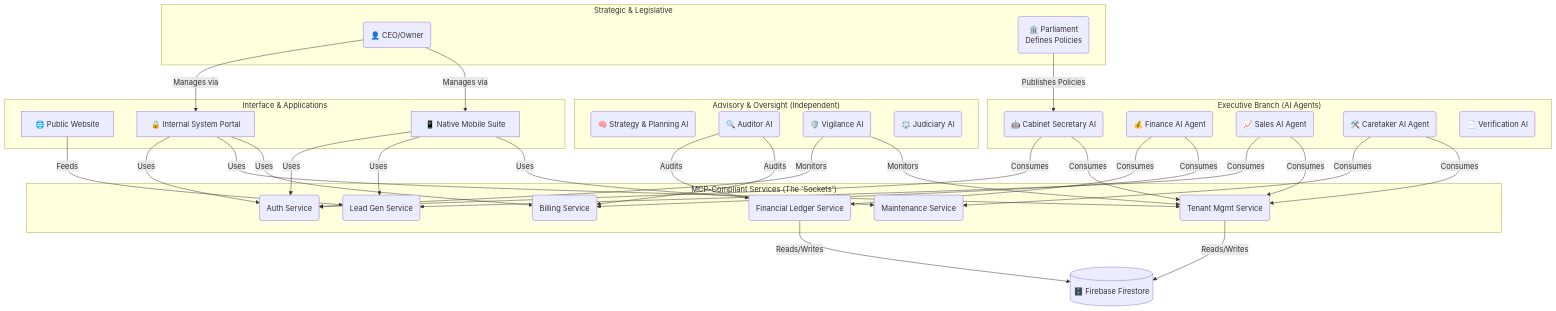
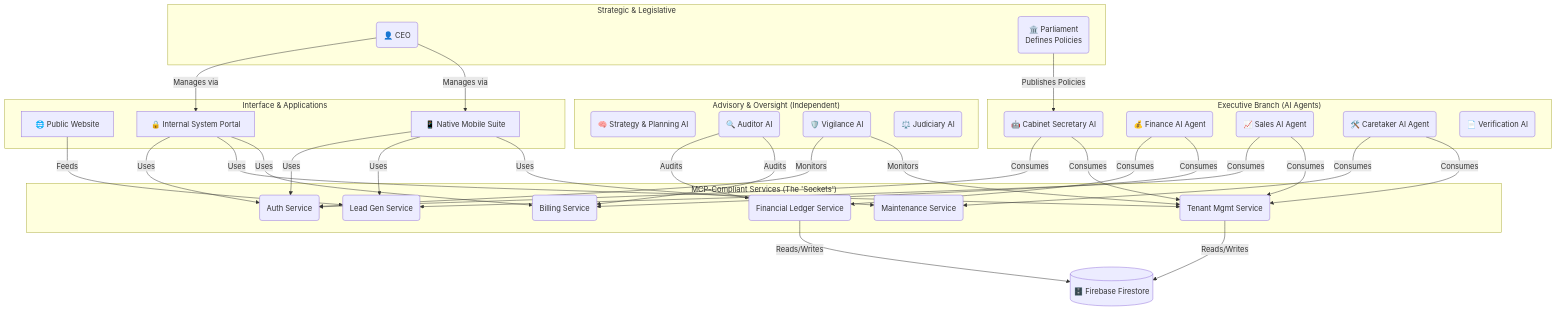
One commit to nishantsah08/bestpgindighi.in changed the diagram in executive/ministry_of_technology_and_digital_infrastructure/development_department/docs/01_SYSTEM_ARCHITECTURE.md. Above: the diagram before and after it, drawn with Mermaid. The commit also changed 14 other files, not shown here.

````diff
--- a/executive/ministry_of_technology_and_digital_infrastructure/development_department/docs/01_SYSTEM_ARCHITECTURE.md
+++ b/executive/ministry_of_technology_and_digital_infrastructure/development_department/docs/01_SYSTEM_ARCHITECTURE.md
@@ -13,73 +13,73 @@
 ```mermaid
 graph TD
     subgraph "Strategic & Legislative"
-        CEO(👤 CEO/Owner)
+        CEO(👤 CEO)
         PARLIAMENT(🏛️ Parliament <br> Defines Policies)
     end
 
     subgraph "Advisory & Oversight (Independent)"
         STRAT(🧠 Strategy & Planning AI)
         AUDIT(🔍 Auditor AI)
         VIGIL(🛡️ Vigilance AI)
         JUD(⚖️ Judiciary AI)
     end
 
     subgraph "Executive Branch (AI Agents)"
         CAB_SEC(🤖 Cabinet Secretary AI)
         FIN_AGENT(💰 Finance AI Agent)
         SALES_AGENT(📈 Sales AI Agent)
         CARETAKER_AGENT(🛠️ Caretaker AI Agent)
         VERIFICATION_AI(📄 Verification AI)
     end
 
     subgraph "Interface & Applications"
         PublicWebsite[🌐 Public Website]
         SystemPortal[🔒 Internal System Portal]
         MobileSuite[📱 Native Mobile Suite]
     end
 
     subgraph "MCP-Compliant Services (The 'Sockets')"
         MCP_AUTH(Auth Service)
         MCP_TENANTS(Tenant Mgmt Service)
         MCP_BILLING(Billing Service)
         MCP_MAINTENANCE(Maintenance Service)
         MCP_LEADS(Lead Gen Service)
         MCP_FINANCE(Financial Ledger Service)
     end
 
     %% AI to MCP Flows
     CAB_SEC -- "Consumes" --> MCP_AUTH
     CAB_SEC -- "Consumes" --> MCP_TENANTS
     FIN_AGENT -- "Consumes" --> MCP_FINANCE
     FIN_AGENT -- "Consumes" --> MCP_BILLING
     SALES_AGENT -- "Consumes" --> MCP_LEADS
     SALES_AGENT -- "Consumes" --> MCP_TENANTS
     CARETAKER_AGENT -- "Consumes" --> MCP_MAINTENANCE
     CARETAKER_AGENT -- "Consumes" --> MCP_TENANTS
 
     %% Core Datastore
     DATABASE[(🗄️ Firebase Firestore)]
 
     MCP_TENANTS -- "Reads/Writes" --> DATABASE
     MCP_FINANCE -- "Reads/Writes" --> DATABASE
 
     %% App to MCP Flows
     SystemPortal -- "Uses" --> MCP_AUTH
     SystemPortal -- "Uses" --> MCP_TENANTS
     SystemPortal -- "Uses" --> MCP_BILLING
     MobileSuite -- "Uses" --> MCP_AUTH
     MobileSuite -- "Uses" --> MCP_LEADS
     MobileSuite -- "Uses" --> MCP_MAINTENANCE
     PublicWebsite -- "Feeds" --> MCP_LEADS
 
     %% Oversight Flows
     AUDIT -- "Audits" --> MCP_FINANCE
     AUDIT -- "Audits" --> MCP_BILLING
     VIGIL -- "Monitors" --> MCP_AUTH
     VIGIL -- "Monitors" --> MCP_TENANTS
 
     %% Human & Policy Flows
     CEO -- "Manages via" --> SystemPortal
     CEO -- "Manages via" --> MobileSuite
     PARLIAMENT -- "Publishes Policies" --> CAB_SEC
 ```
````
